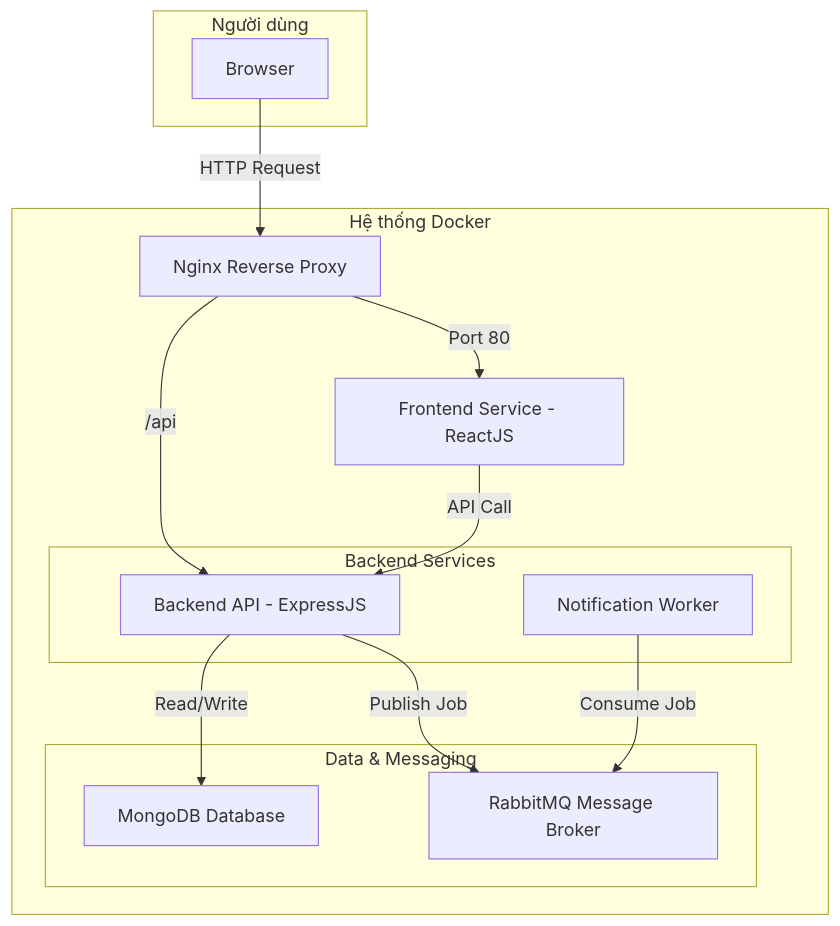
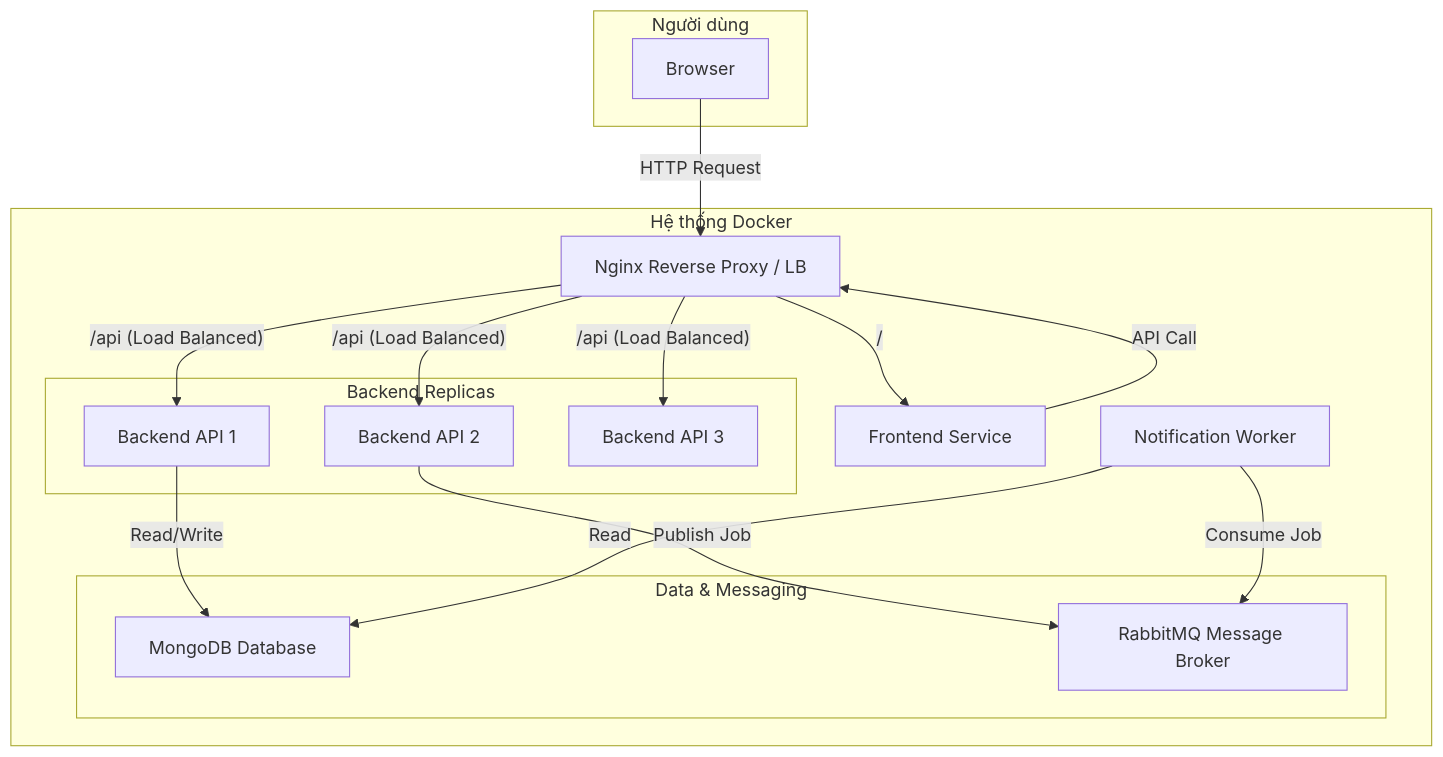
Before and after one commit to Thinhskyduck/Rental-P2P-MVP: the diagram in README.md, drawn with Mermaid. The commit also changed other lines of this file and 4 other files, not shown here.

````diff
--- a/README.md
+++ b/README.md
@@ -37,32 +29,39 @@
 ```mermaid
 graph TD
     subgraph "Người dùng"
         User[Browser]
     end
 
     subgraph "Hệ thống Docker"
-        Nginx[Nginx Reverse Proxy]
-        Frontend[Frontend Service - ReactJS]
+        Nginx[Nginx Reverse Proxy / LB]
         
-        subgraph "Backend Services"
-            BackendAPI[Backend API - ExpressJS]
-            NotificationWorker[Notification Worker]
+        subgraph "Backend Replicas"
+            BackendAPI1[Backend API 1]
+            BackendAPI2[Backend API 2]
+            BackendAPI3[Backend API 3]
         end
 
+        Frontend[Frontend Service]
+        NotificationWorker[Notification Worker]
+        
         subgraph "Data & Messaging"
             MongoDB[MongoDB Database]
             RabbitMQ[RabbitMQ Message Broker]
         end
     end
 
     User -- HTTP Request --> Nginx
-    Nginx -- Port 80 --> Frontend
-    Nginx -- /api --> BackendAPI
+    
+    Nginx -- /api (Load Balanced) --> BackendAPI1
+    Nginx -- /api (Load Balanced) --> BackendAPI2
+    Nginx -- /api (Load Balanced) --> BackendAPI3
+    Nginx -- / --> Frontend
 
-    Frontend -- API Call --> BackendAPI
-    
-    BackendAPI -- Read/Write --> MongoDB
-    BackendAPI -- Publish Job --> RabbitMQ
+    Frontend -- API Call --> Nginx
+
+    BackendAPI1 -- Read/Write --> MongoDB
+    BackendAPI2 -- Publish Job --> RabbitMQ
     
     NotificationWorker -- Consume Job --> RabbitMQ
+    NotificationWorker -- Read --> MongoDB
 ```
````
